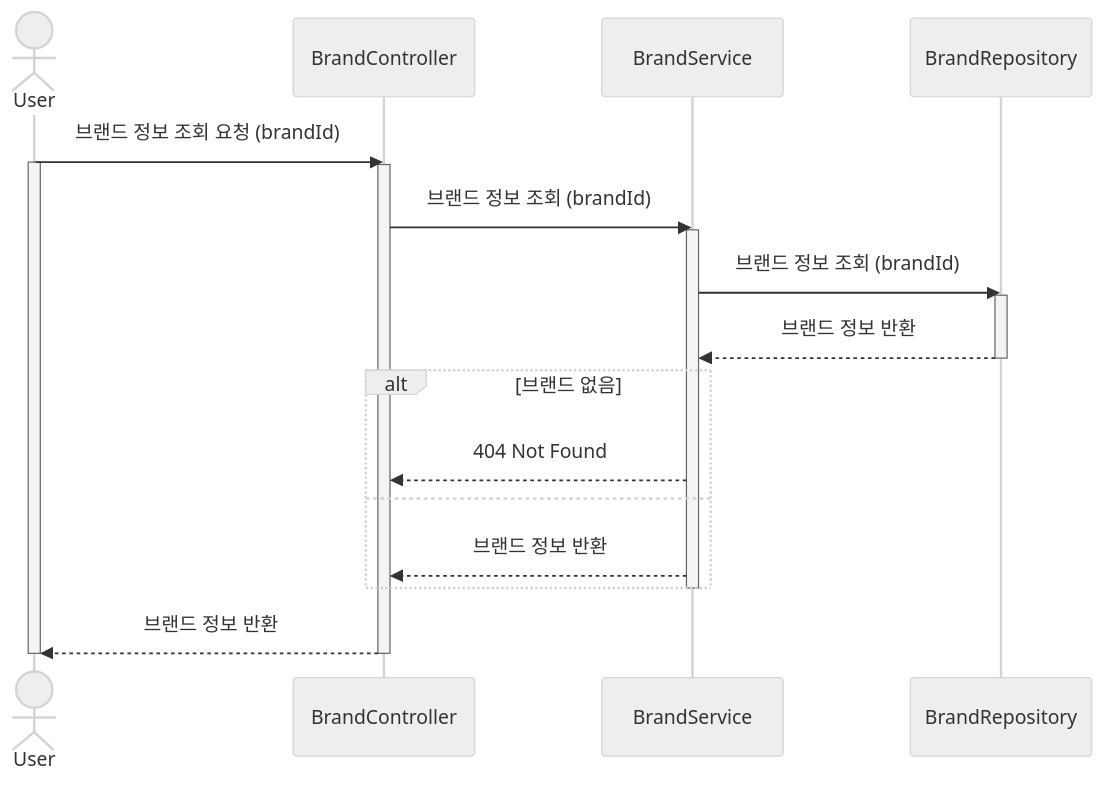
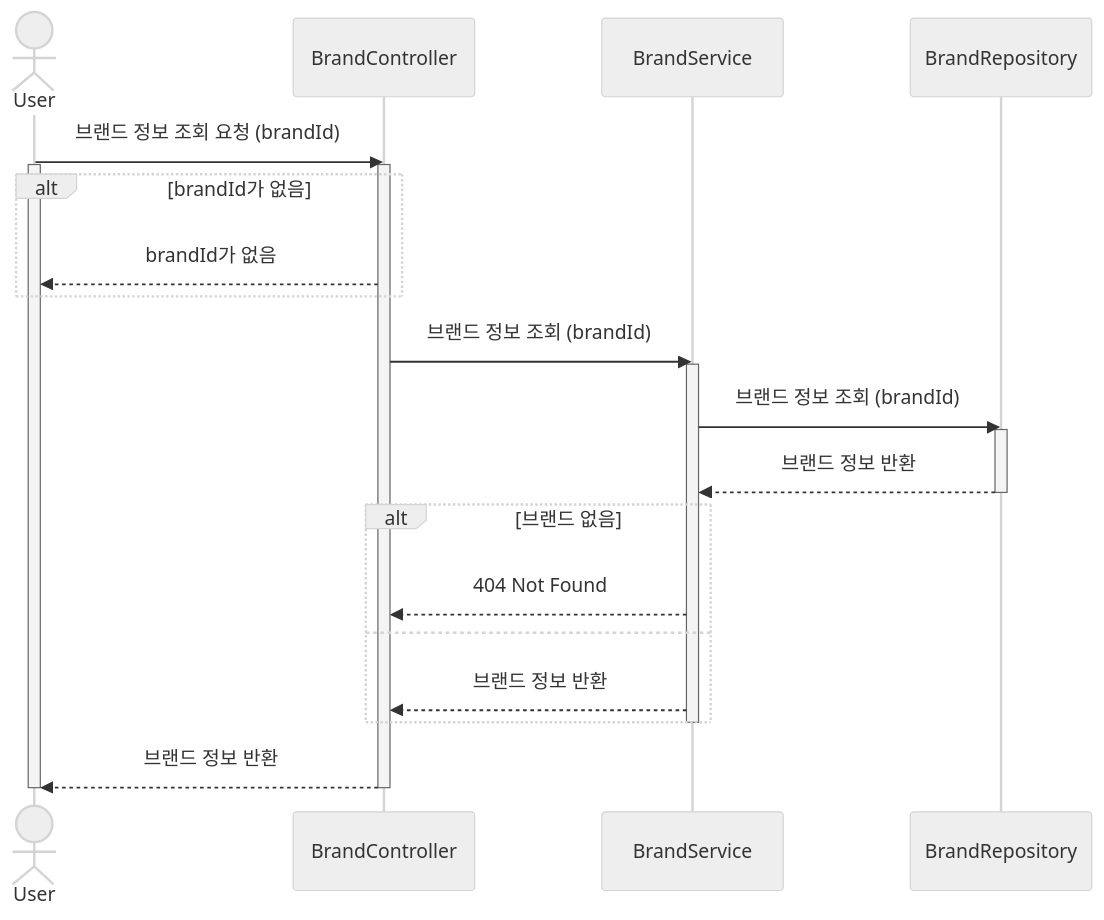
Before and after one commit to soyeonnnb/loopers-java-template: the first of 12 diagrams in docs/design/02-sequence-diagrams.md, drawn with Mermaid (neutral theme). The commit also changed other lines of this file and 1 other file, not shown here.

Commit message:
docs: 시퀀스 다이어그램/클래스 다이어그램 수정

````diff
--- a/docs/design/02-sequence-diagrams.md
+++ b/docs/design/02-sequence-diagrams.md
@@ -5,26 +5,29 @@
 ```mermaid
 sequenceDiagram
 	actor U as User
 	participant BC as BrandController
 	participant BS as BrandService
 	participant BR as BrandRepository
 
 	U ->> BC: 브랜드 정보 조회 요청 (brandId)
 		activate U
 		activate BC
-				BC ->> BS:브랜드 정보 조회 (brandId)
+			alt brandId가 없음
+				BC -->> U: brandId가 없음
+			end
+			BC ->> BS:브랜드 정보 조회 (brandId)
 			activate BS
 				BS ->> BR: 브랜드 정보 조회 (brandId)
 				activate BR
 					BR -->> BS: 브랜드 정보 반환
 				deactivate BR
 				alt 브랜드 없음
 					BS -->> BC: 404 Not Found
 				else
 					BS -->> BC: 브랜드 정보 반환
 				end
 			deactivate BS
 			BC -->> U: 브랜드 정보 반환
 		deactivate BC
 	deactivate U
 ```
````
